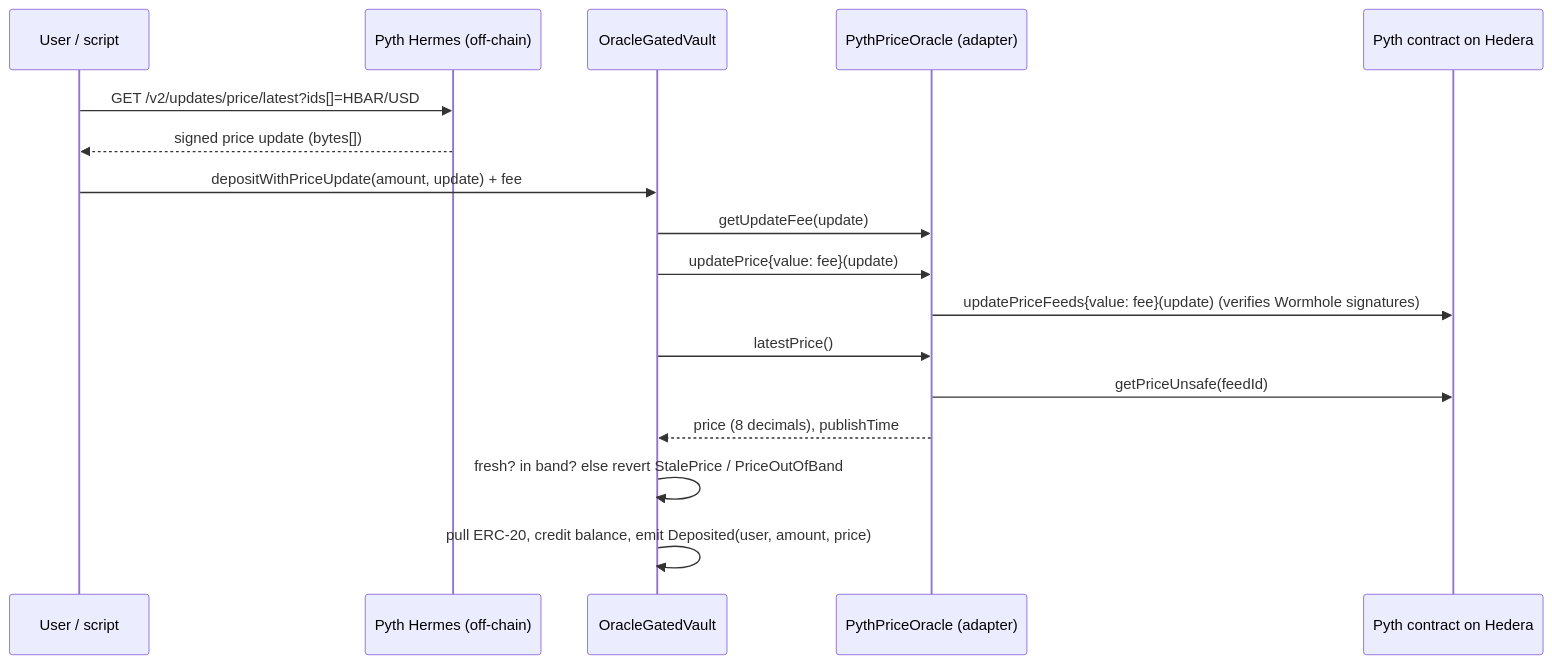
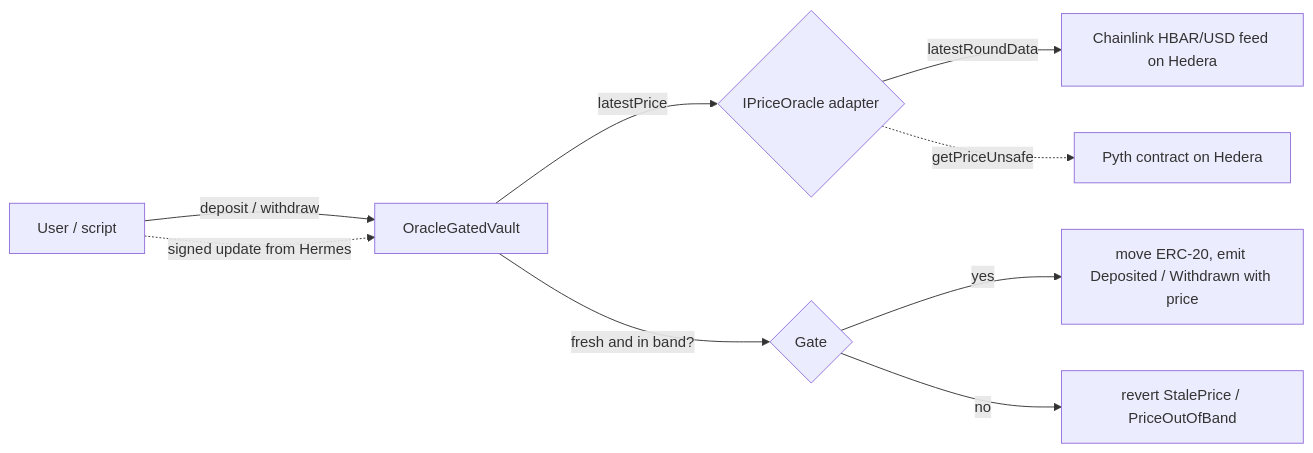
The diagram in README.md (inunanba/oracle-gated-vault), drawn with Mermaid before and after one commit. The commit also changed other lines of this file and 22 other files, not shown here.

First line of the commit message:
feat: Chainlink HBAR/USD as default Hedera oracle; Pyth pull adapter opt-in

````diff
--- a/README.md
+++ b/README.md
@@ -76,19 +76,11 @@
 ```mermaid
-sequenceDiagram
-    participant U as User / script
-    participant H as Pyth Hermes (off-chain)
-    participant V as OracleGatedVault
-    participant O as PythPriceOracle (adapter)
-    participant P as Pyth contract on Hedera
-    U->>H: GET /v2/updates/price/latest?ids[]=HBAR/USD
-    H-->>U: signed price update (bytes[])
-    U->>V: depositWithPriceUpdate(amount, update) + fee
-    V->>O: getUpdateFee(update)
-    V->>O: updatePrice{value: fee}(update)
-    O->>P: updatePriceFeeds{value: fee}(update)  (verifies Wormhole signatures)
-    V->>O: latestPrice()
-    O->>P: getPriceUnsafe(feedId)
-    O-->>V: price (8 decimals), publishTime
-    V->>V: fresh? in band? else revert StalePrice / PriceOutOfBand
-    V->>V: pull ERC-20, credit balance, emit Deposited(user, amount, price)
+flowchart LR
+    U[User / script] -->|deposit / withdraw| V[OracleGatedVault]
+    V -->|latestPrice| A{IPriceOracle adapter}
+    A -->|latestRoundData| C[Chainlink HBAR/USD feed on Hedera]
+    A -.->|getPriceUnsafe| P[Pyth contract on Hedera]
+    U -.->|signed update from Hermes| V
+    V -->|fresh and in band?| G{Gate}
+    G -->|yes| T[move ERC-20, emit Deposited / Withdrawn with price]
+    G -->|no| R[revert StalePrice / PriceOutOfBand]
 ```
````
